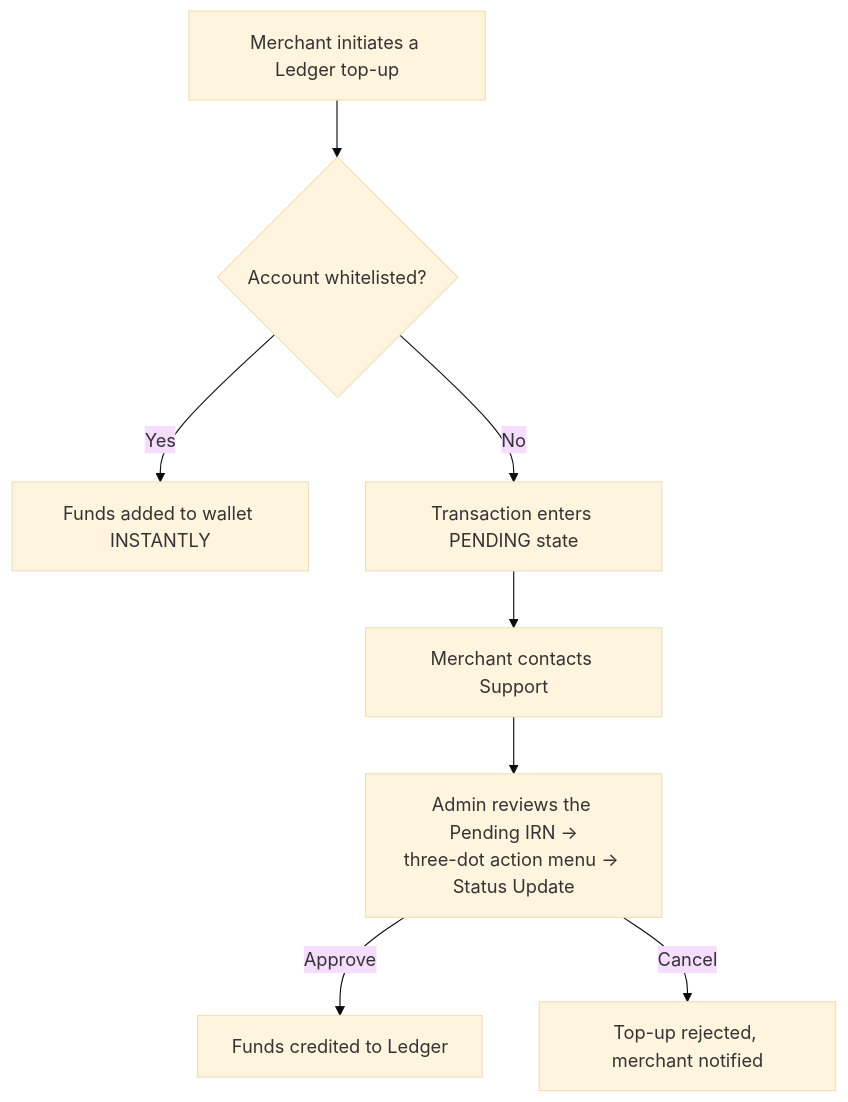
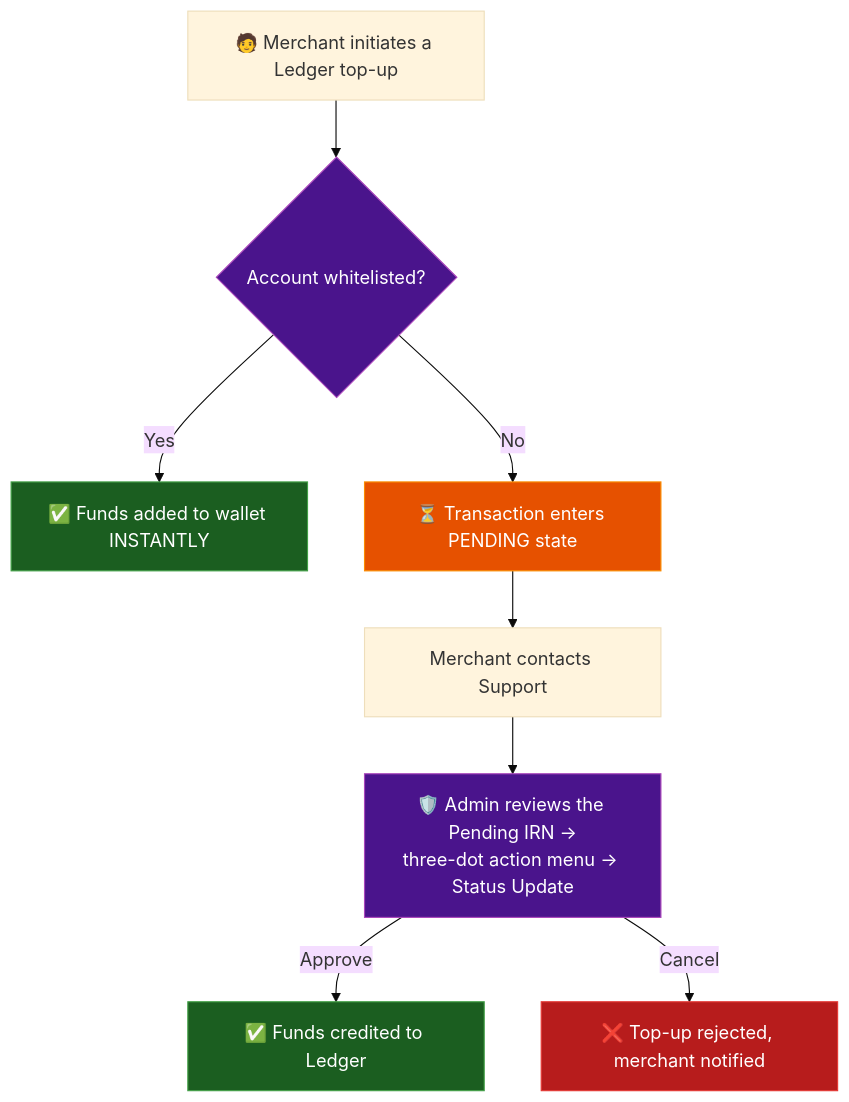
One commit to ghanendra-sdet/fintech-connected-banking-platform changed the sixth of 9 diagrams in docs/architecture-and-flow.md. Above: the diagram before and after it, drawn with Mermaid (base theme). The commit also changed other lines of this file, not shown here.

Commit message:
docs: enhance architecture diagrams and generalize cross-repo testing insight

````diff
--- a/docs/architecture-and-flow.md
+++ b/docs/architecture-and-flow.md
@@ -133,10 +168,20 @@
 ```mermaid
 flowchart TD
-    Start["Merchant initiates a Ledger top-up"] --> Check{"Account whitelisted?"}
-    Check -->|Yes| Instant["Funds added to wallet INSTANTLY"]
-    Check -->|No| Pending["Transaction enters PENDING state"]
+    Start["🧑 Merchant initiates a Ledger top-up"] --> Check{"Account whitelisted?"}
+    Check -->|Yes| Instant["✅ Funds added to wallet INSTANTLY"]
+    Check -->|No| Pending["⏳ Transaction enters PENDING state"]
     Pending --> Support["Merchant contacts Support"]
-    Support --> Review["Admin reviews the Pending IRN -><br/>three-dot action menu -> Status Update"]
-    Review -->|Approve| Credit["Funds credited to Ledger"]
-    Review -->|Cancel| Reject["Top-up rejected, merchant notified"]
+    Support --> Review["🛡️ Admin reviews the Pending IRN -><br/>three-dot action menu -> Status Update"]
+    Review -->|Approve| Credit["✅ Funds credited to Ledger"]
+    Review -->|Cancel| Reject["❌ Top-up rejected, merchant notified"]
+
+    classDef gate fill:#4a148c,color:#fff,stroke:#ab47bc,stroke-width:1px
+    classDef good fill:#1b5e20,color:#fff,stroke:#43a047,stroke-width:1px
+    classDef warn fill:#e65100,color:#fff,stroke:#fb8c00,stroke-width:1px
+    classDef bad fill:#b71c1c,color:#fff,stroke:#e53935,stroke-width:1px
+
+    class Check,Review gate
+    class Instant,Credit good
+    class Pending warn
+    class Reject bad
 ```
````
